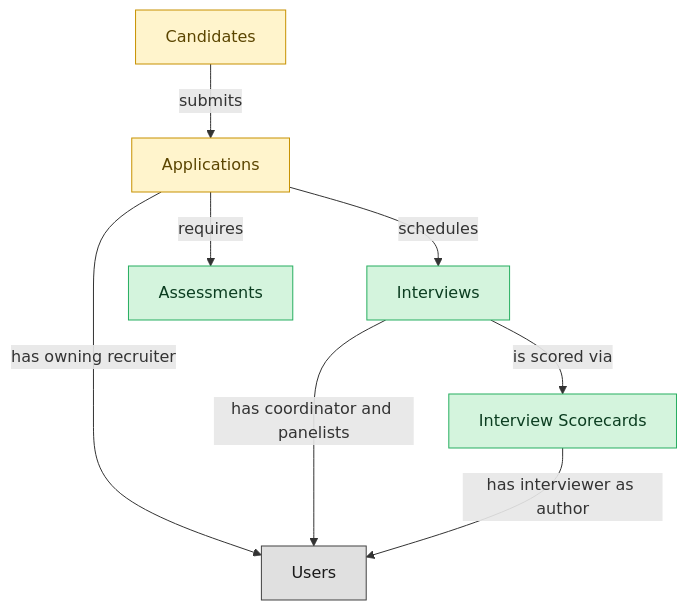
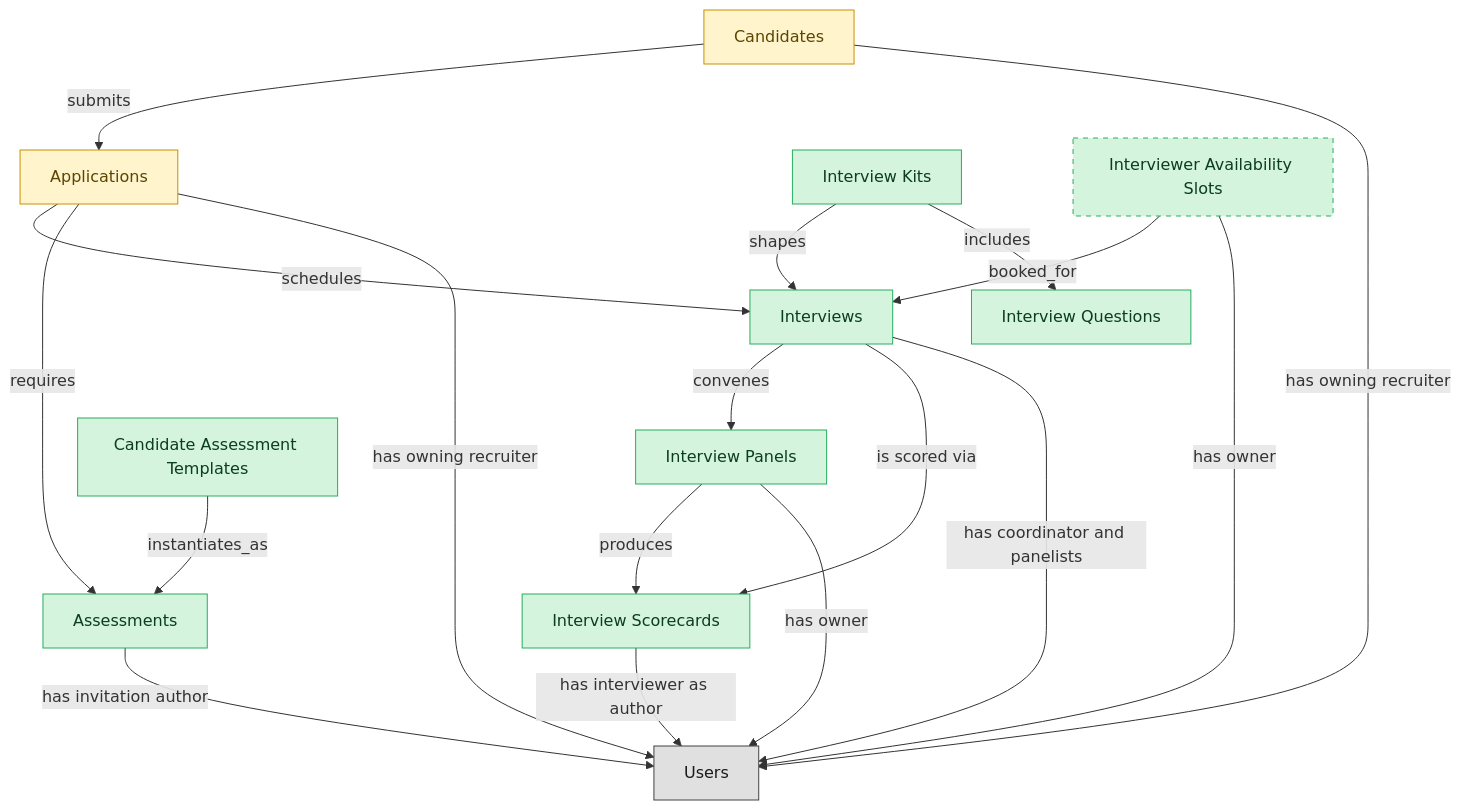
The diagram in blueprints/ats-interviews-semantic-blueprint.md (semantius/semantius), drawn with Mermaid before and after one commit. The commit also changed other lines of this file and 255 other files, not shown here.

````diff
--- a/blueprints/ats-interviews-semantic-blueprint.md
+++ b/blueprints/ats-interviews-semantic-blueprint.md
@@ -30,25 +39,46 @@
 ```mermaid
 flowchart TD
   classDef master fill:#d4f4dd,stroke:#27ae60,color:#0b3d20;
   classDef embedded_master fill:#fff4cc,stroke:#c79100,color:#5b4500;
   classDef platform_builtin fill:#e0e0e0,stroke:#424242,color:#1a1a1a;
   interviews["Interviews"]
   interview_scorecards["Interview Scorecards"]
   candidates["Candidates"]
   job_applications["Applications"]
   candidate_assessments["Assessments"]
+  interview_kits["Interview Kits"]
+  interview_panels["Interview Panels"]
+  candidate_assessment_templates["Candidate Assessment Templates"]
+  interview_questions["Interview Questions"]
+  interviewer_availability_slots["Interviewer Availability Slots"]
   users["Users"]
+  interview_kits -->|"shapes"| interviews
+  interview_kits -->|"includes"| interview_questions
+  interviews -->|"convenes"| interview_panels
+  interview_panels -->|"produces"| interview_scorecards
+  candidate_assessment_templates -->|"instantiates_as"| candidate_assessments
+  interviewer_availability_slots -->|"booked_for"| interviews
   candidates -->|"submits"| job_applications
   job_applications -->|"schedules"| interviews
   interviews -->|"is scored via"| interview_scorecards
   job_applications -->|"requires"| candidate_assessments
+  candidates -->|"has owning recruiter"| users
+  candidate_assessments -->|"has invitation author"| users
+  interviewer_availability_slots -->|"has owner"| users
+  interview_panels -->|"has owner"| users
   job_applications -->|"has owning recruiter"| users
   interviews -->|"has coordinator and panelists"| users
   interview_scorecards -->|"has interviewer as author"| users
   class interviews master;
   class interview_scorecards master;
   class candidates embedded_master;
   class job_applications embedded_master;
   class candidate_assessments master;
+  class interview_kits master;
+  class interview_panels master;
+  class candidate_assessment_templates master;
+  class interview_questions master;
+  class interviewer_availability_slots master;
   class users platform_builtin;
+  style interviewer_availability_slots stroke-dasharray:5 5;
 ```
````
